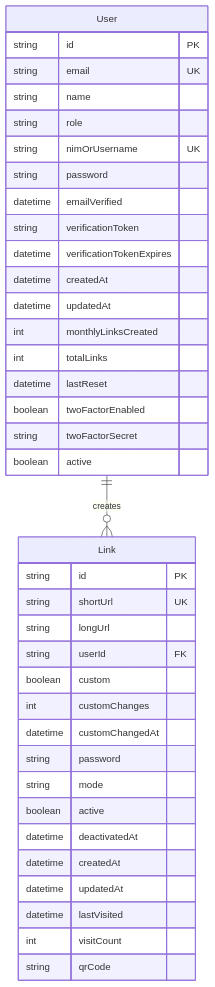
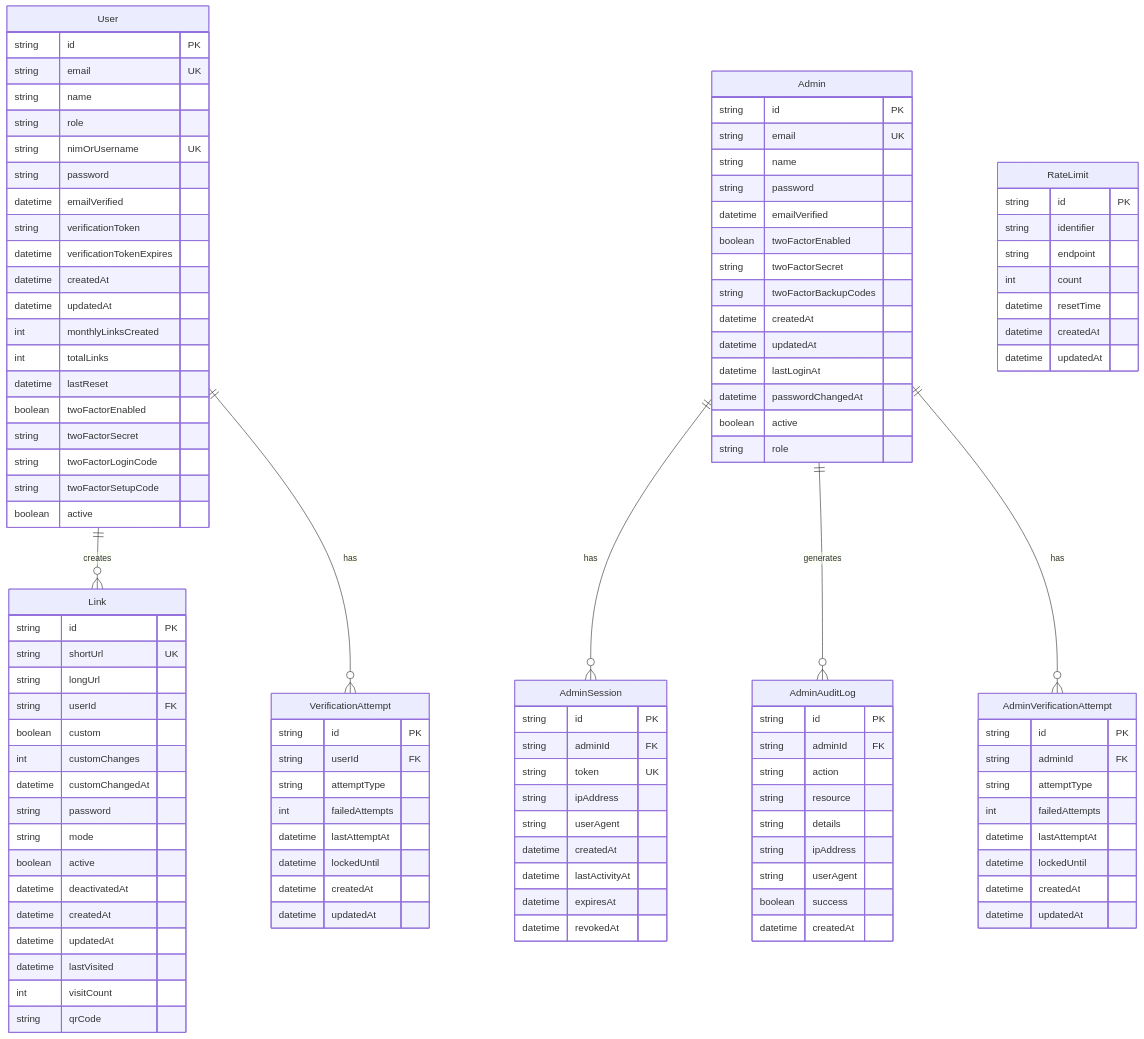
Before and after one commit to rayhandestian/uper-li: the second of 9 diagrams in docs/ARCHITECTURE.md, drawn with Mermaid. The commit also changed other lines of this file and 1 other file, not shown here.

First line of the commit message:
docs: update architecture docs with new database models and admin features

````diff
--- a/docs/ARCHITECTURE.md
+++ b/docs/ARCHITECTURE.md
@@ -220,6 +223,10 @@
 ```mermaid
 erDiagram
     User ||--o{ Link : creates
+    User ||--o{ VerificationAttempt : has
+    Admin ||--o{ AdminSession : has
+    Admin ||--o{ AdminAuditLog : generates
+    Admin ||--o{ AdminVerificationAttempt : has
     
     User {
         string id PK
@@ -238,6 +245,8 @@
         datetime lastReset
         boolean twoFactorEnabled
         string twoFactorSecret
+        string twoFactorLoginCode
+        string twoFactorSetupCode
         boolean active
     }
     
@@ -259,4 +268,77 @@
         int visitCount
         string qrCode
     }
+    
+    VerificationAttempt {
+        string id PK
+        string userId FK
+        string attemptType
+        int failedAttempts
+        datetime lastAttemptAt
+        datetime lockedUntil
+        datetime createdAt
+        datetime updatedAt
+    }
+    
+    RateLimit {
+        string id PK
+        string identifier
+        string endpoint
+        int count
+        datetime resetTime
+        datetime createdAt
+        datetime updatedAt
+    }
+    
+    Admin {
+        string id PK
+        string email UK
+        string name
+        string password
+        datetime emailVerified
+        boolean twoFactorEnabled
+        string twoFactorSecret
+        string twoFactorBackupCodes
+        datetime createdAt
+        datetime updatedAt
+        datetime lastLoginAt
+        datetime passwordChangedAt
+        boolean active
+        string role
+    }
+    
+    AdminSession {
+        string id PK
+        string adminId FK
+        string token UK
+        string ipAddress
+        string userAgent
+        datetime createdAt
+        datetime lastActivityAt
+        datetime expiresAt
+        datetime revokedAt
+    }
+    
+    AdminAuditLog {
+        string id PK
+        string adminId FK
+        string action
+        string resource
+        string details
+        string ipAddress
+        string userAgent
+        boolean success
+        datetime createdAt
+    }
+    
+    AdminVerificationAttempt {
+        string id PK
+        string adminId FK
+        string attemptType
+        int failedAttempts
+        datetime lastAttemptAt
+        datetime lockedUntil
+        datetime createdAt
+        datetime updatedAt
+    }
 ```
````
